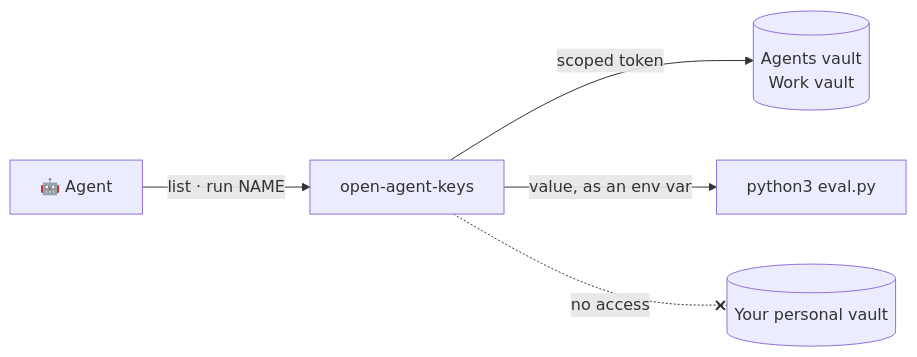
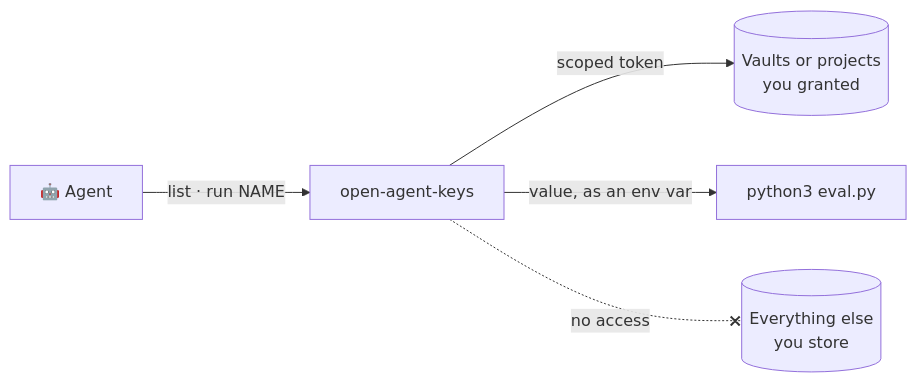
One commit to max1874/open-agent-keys changed the diagram in README.md. Above: the diagram before and after it, drawn with Mermaid. The commit also changed other lines of this file, not shown here.

Commit message:
README: fit install and command blocks, neutral diagram labels, unverified quota claim removed

````diff
--- a/README.md
+++ b/README.md
@@ -29,7 +29,7 @@
 ```mermaid
 flowchart LR
     agent["🤖 Agent"] -- "list · run NAME" --> oak["open-agent-keys"]
-    oak -- "scoped token" --> granted[("Agents vault<br/>Work vault")]
+    oak -- "scoped token" --> granted[("Vaults or projects<br/>you granted")]
     oak -- "value, as an env var" --> cmd["python3 eval.py"]
-    oak -. "no access" .-x personal[("Your personal vault")]
+    oak -. "no access" .-x personal[("Everything else<br/>you store")]
 ```
````
